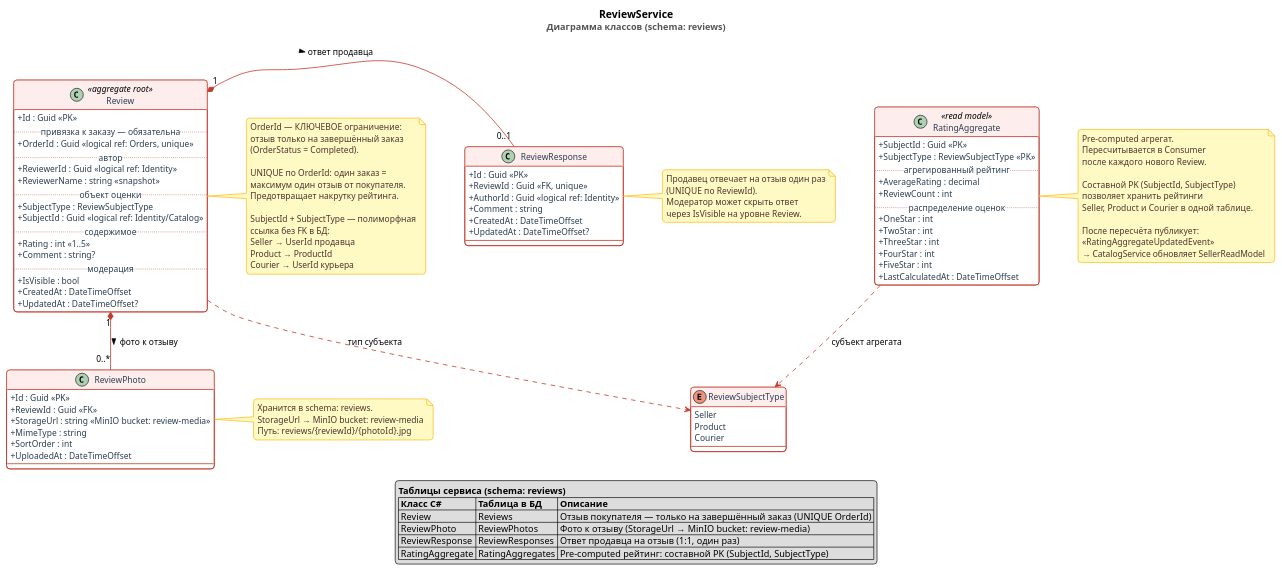
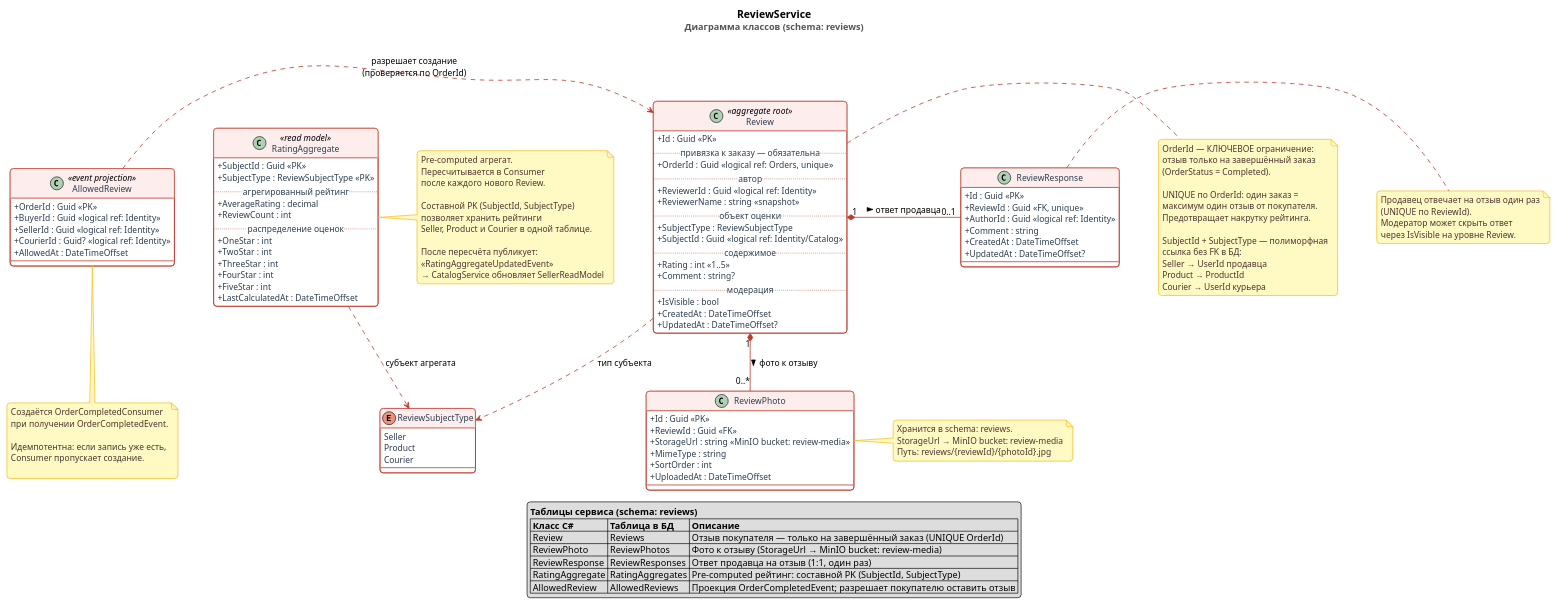
Before and after one commit to LocMp-olegg/LocalMarketplace: the diagram in docs/diagrams/review-service.puml, drawn with PlantUML.

Commit message:
docs: upd review-service.puml

```diff
--- a/docs/diagrams/review-service.puml
+++ b/docs/diagrams/review-service.puml
@@ -1,171 +1,193 @@
 @startuml review-service
 title <size:16><b>ReviewService</b></size>\n<color:#555>Диаграмма классов (schema: reviews)</color>
 
 ' ─── Глобальные настройки стиля ──────────────────────────────────────────────
 skinparam defaultFontName "Segoe UI", Arial, sans-serif
 skinparam defaultFontSize 13
 skinparam roundcorner 10
 skinparam shadowing false
 skinparam classAttributeIconSize 0
 skinparam nodesep 60
 skinparam ranksep 70
 
 skinparam class {
     BackgroundColor White
     HeaderBackgroundColor #FDEDEC
     BorderColor #C0392B
     BorderThickness 1.2
     ArrowColor #C0392B
     ArrowThickness 1.2
     AttributeFontColor #2C3E50
 }
 
 skinparam enum {
     BackgroundColor White
     HeaderBackgroundColor #FADBD8
     BorderColor #B71C1C
     BorderThickness 1.2
 }
 
 skinparam note {
     BackgroundColor #FFF9C4
     BorderColor #FBC02D
     FontColor #4E342E
     BorderThickness 1.2
     roundcorner 6
 }
 
 skinparam stereotypeCBackgroundColor #FADBD8
 skinparam stereotypeABackgroundColor #FDEBD0
 skinparam stereotypeEBackgroundColor #D5F5E3
 
 ' ─── Enums ───────────────────────────────────────────────────────────────────
 
 enum ReviewSubjectType {
     Seller
     Product
     Courier
 }
 
 ' ─── Review Aggregate ────────────────────────────────────────────────────────
 
 class Review <<aggregate root>> {
     + Id : Guid <<PK>>
     ..привязка к заказу — обязательна..
     + OrderId : Guid <<logical ref: Orders, unique>>
     ..автор..
     + ReviewerId : Guid <<logical ref: Identity>>
     + ReviewerName : string <<snapshot>>
     ..объект оценки..
     + SubjectType : ReviewSubjectType
     + SubjectId : Guid <<logical ref: Identity/Catalog>>
     ..содержимое..
     + Rating : int <<1..5>>
     + Comment : string?
     ..модерация..
     + IsVisible : bool
     + CreatedAt : DateTimeOffset
     + UpdatedAt : DateTimeOffset?
 }
 
 class ReviewPhoto {
     + Id : Guid <<PK>>
     + ReviewId : Guid <<FK>>
     + StorageUrl : string <<MinIO bucket: review-media>>
     + MimeType : string
     + SortOrder : int
     + UploadedAt : DateTimeOffset
 }
 
 class ReviewResponse {
     + Id : Guid <<PK>>
     + ReviewId : Guid <<FK, unique>>
     + AuthorId : Guid <<logical ref: Identity>>
     + Comment : string
     + CreatedAt : DateTimeOffset
     + UpdatedAt : DateTimeOffset?
 }
 
+' ─── AllowedReview (event projection) ───────────────────────────────────────
+
+class AllowedReview <<event projection>> {
+    + OrderId : Guid <<PK>>
+    + BuyerId : Guid <<logical ref: Identity>>
+    + SellerId : Guid <<logical ref: Identity>>
+    + CourierId : Guid? <<logical ref: Identity>>
+    + AllowedAt : DateTimeOffset
+}
+
 ' ─── Aggregated Read Model ───────────────────────────────────────────────────
 
 class RatingAggregate <<read model>> {
     + SubjectId : Guid <<PK>>
     + SubjectType : ReviewSubjectType <<PK>>
     ..агрегированный рейтинг..
     + AverageRating : decimal
     + ReviewCount : int
     ..распределение оценок..
     + OneStar : int
     + TwoStar : int
     + ThreeStar : int
     + FourStar : int
     + FiveStar : int
     + LastCalculatedAt : DateTimeOffset
 }
 
 ' ─── Relationships ────────────────────────────────────────────────────────────
 
 Review "1" *-down- "0..*" ReviewPhoto : фото к отзыву >
 Review "1" *-right- "0..1" ReviewResponse : ответ продавца >
+
+AllowedReview .right.> Review : разрешает создание\n(проверяется по OrderId)
 
 Review ..> ReviewSubjectType : тип субъекта
 RatingAggregate ..> ReviewSubjectType : субъект агрегата
 
 ' ─── Notes ───────────────────────────────────────────────────────────────────
 
 note right of Review
   OrderId — КЛЮЧЕВОЕ ограничение:
   отзыв только на завершённый заказ
   (OrderStatus = Completed).
 
   UNIQUE по OrderId: один заказ =
   максимум один отзыв от покупателя.
   Предотвращает накрутку рейтинга.
 
   SubjectId + SubjectType — полиморфная
   ссылка без FK в БД:
   Seller  → UserId продавца
   Product → ProductId
   Courier → UserId курьера
 end note
 
 note right of RatingAggregate
   Pre-computed агрегат.
   Пересчитывается в Consumer
   после каждого нового Review.
 
   Составной PK (SubjectId, SubjectType)
   позволяет хранить рейтинги
   Seller, Product и Courier в одной таблице.
 
   После пересчёта публикует:
   <<RatingAggregateUpdatedEvent>>
   → CatalogService обновляет SellerReadModel
 end note
 
 note right of ReviewResponse
   Продавец отвечает на отзыв один раз
   (UNIQUE по ReviewId).
   Модератор может скрыть ответ
   через IsVisible на уровне Review.
 end note
 
 note right of ReviewPhoto
   Хранится в schema: reviews.
   StorageUrl → MinIO bucket: review-media
   Путь: reviews/{reviewId}/{photoId}.jpg
 end note
 
+note bottom of AllowedReview
+  Создаётся OrderCompletedConsumer
+  при получении OrderCompletedEvent.
+
+  Идемпотентна: если запись уже есть,
+  Consumer пропускает создание.
+
+end note
+
 
 ' ─── Сводная таблица сущностей ───────────────────────────────────────────────
 
 legend bottom
   <b>Таблицы сервиса (schema: reviews)</b>
   |= Класс C# |= Таблица в БД |= Описание |
   | Review | Reviews | Отзыв покупателя — только на завершённый заказ (UNIQUE OrderId) |
   | ReviewPhoto | ReviewPhotos | Фото к отзыву (StorageUrl → MinIO bucket: review-media) |
   | ReviewResponse | ReviewResponses | Ответ продавца на отзыв (1:1, один раз) |
   | RatingAggregate | RatingAggregates | Pre-computed рейтинг: составной PK (SubjectId, SubjectType) |
+  | AllowedReview | AllowedReviews | Проекция OrderCompletedEvent; разрешает покупателю оставить отзыв |
 endlegend
 
 @enduml
```
